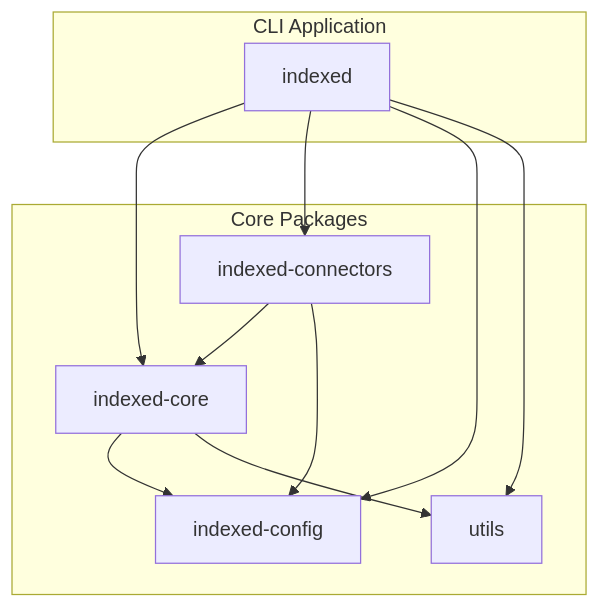
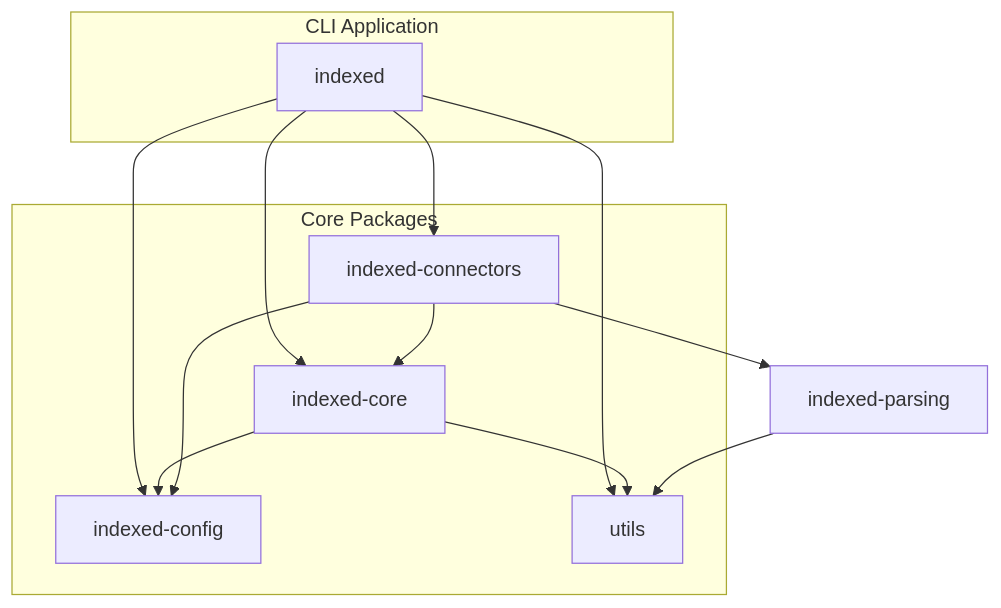
The second of 3 diagrams in docs/architecture-internals.md (LennardZuendorf/indexed), drawn with Mermaid before and after one commit. The commit also changed other lines of this file and 38 other files, not shown here.

First line of the commit message:
feat: Extract parsing logic into reusable indexed-parsing module powered by Dockling (#38)

````diff
--- a/docs/architecture-internals.md
+++ b/docs/architecture-internals.md
@@ -119,23 +122,25 @@
 ```mermaid
 flowchart TB
     subgraph CLI["CLI Application"]
         indexed[indexed]
     end
 
     subgraph Packages["Core Packages"]
         core[indexed-core]
         connectors[indexed-connectors]
         config[indexed-config]
         utils[utils]
     end
 
     indexed --> core
     indexed --> connectors
     indexed --> config
     indexed --> utils
 
     core --> config
     core --> utils
     connectors --> core
     connectors --> config
+    connectors --> parsing[indexed-parsing]
+    parsing --> utils
 ```
````
